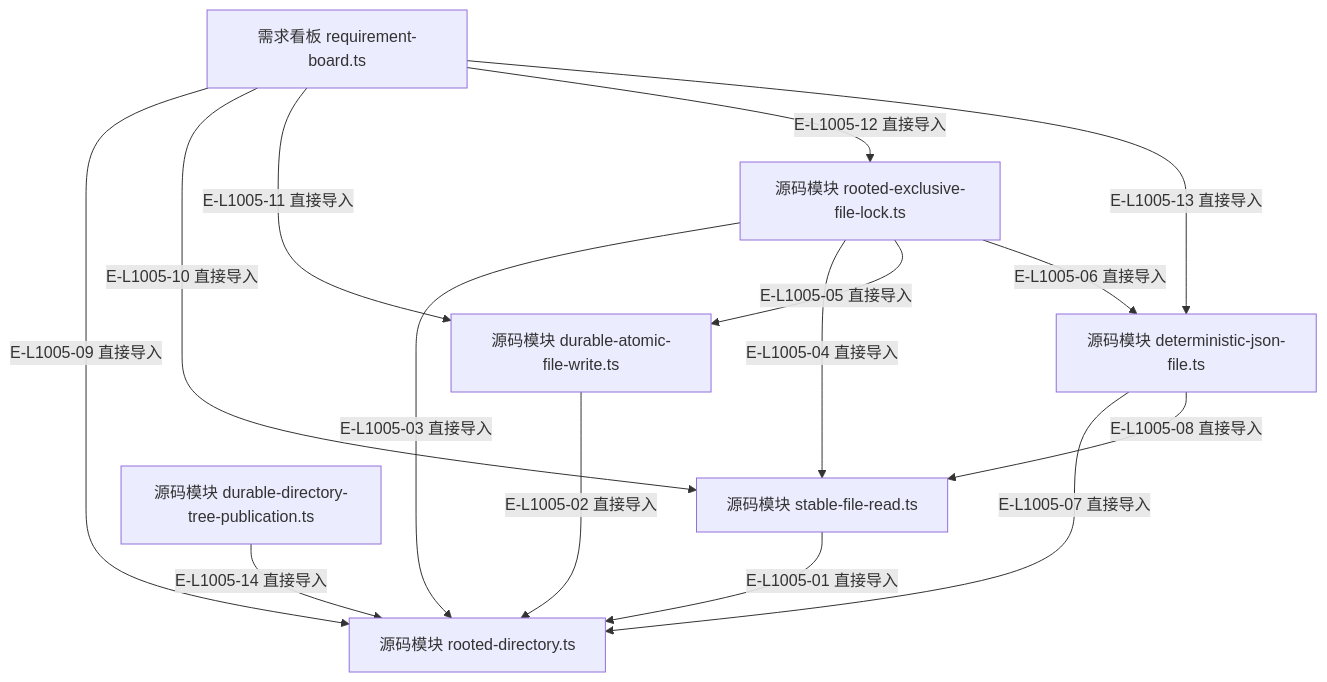
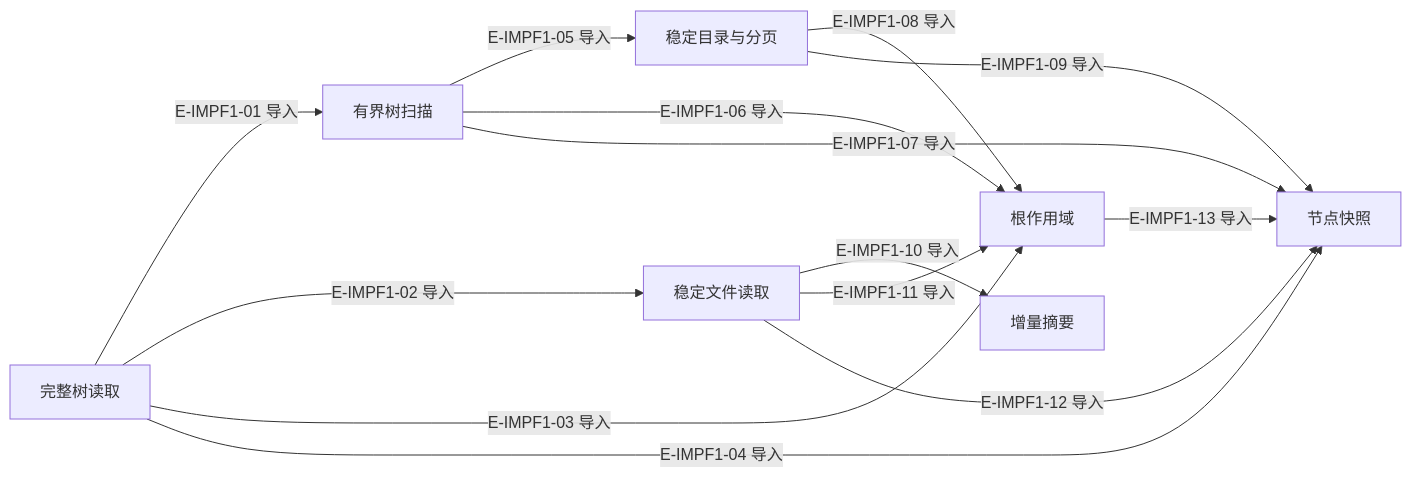
Before and after one commit to GxFn/Wakeflow: the first of 2 diagrams in wakeflow-architecture-atlas/maps/02-foundation/file-dependencies.md, drawn with Mermaid. The commit also changed other lines of this file and 76 other files, not shown here.

First line of the commit message:
docs(atlas): refresh architecture maps for the rc.5 codebase

````diff
--- a/wakeflow-architecture-atlas/maps/02-foundation/file-dependencies.md
+++ b/wakeflow-architecture-atlas/maps/02-foundation/file-dependencies.md
@@ -56,26 +25,25 @@
 ```mermaid
-flowchart TB
-  accTitle: Foundation的精选直接导入
-  accDescr: Foundation所列具体文件之间的直接导入，不把静态依赖解释成运行调用。
-  f1["源码模块 rooted-directory.ts"]
-  f2["源码模块 stable-file-read.ts"]
-  f3["源码模块 durable-atomic-file-write.ts"]
-  f4["源码模块 rooted-exclusive-file-lock.ts"]
-  f5["源码模块 deterministic-json-file.ts"]
-  f6["需求看板 requirement-board.ts"]
-  f7["源码模块 durable-directory-tree-publication.ts"]
-  f2 -->|"E-L1005-01 直接导入"| f1
-  f3 -->|"E-L1005-02 直接导入"| f1
-  f4 -->|"E-L1005-03 直接导入"| f1
-  f4 -->|"E-L1005-04 直接导入"| f2
-  f4 -->|"E-L1005-05 直接导入"| f3
-  f4 -->|"E-L1005-06 直接导入"| f5
-  f5 -->|"E-L1005-07 直接导入"| f1
-  f5 -->|"E-L1005-08 直接导入"| f2
-  f6 -->|"E-L1005-09 直接导入"| f1
-  f6 -->|"E-L1005-10 直接导入"| f2
-  f6 -->|"E-L1005-11 直接导入"| f3
-  f6 -->|"E-L1005-12 直接导入"| f4
-  f6 -->|"E-L1005-13 直接导入"| f5
-  f7 -->|"E-L1005-14 直接导入"| f1
+flowchart LR
+  accTitle: 稳定读取依赖
+  accDescr: 当前代码精选的直接导入关系，完整文件身份在节点表，静态导入不等于运行时调用。
+  f1["完整树读取"]
+  f2["有界树扫描"]
+  f3["稳定目录与分页"]
+  f4["稳定文件读取"]
+  f5["增量摘要"]
+  f6["根作用域"]
+  f7["节点快照"]
+  f1 -->|"E-IMPF1-01 导入"| f2
+  f1 -->|"E-IMPF1-02 导入"| f4
+  f1 -->|"E-IMPF1-03 导入"| f6
+  f1 -->|"E-IMPF1-04 导入"| f7
+  f2 -->|"E-IMPF1-05 导入"| f3
+  f2 -->|"E-IMPF1-06 导入"| f6
+  f2 -->|"E-IMPF1-07 导入"| f7
+  f3 -->|"E-IMPF1-08 导入"| f6
+  f3 -->|"E-IMPF1-09 导入"| f7
+  f4 -->|"E-IMPF1-10 导入"| f5
+  f4 -->|"E-IMPF1-11 导入"| f6
+  f4 -->|"E-IMPF1-12 导入"| f7
+  f6 -->|"E-IMPF1-13 导入"| f7
 ```
````
